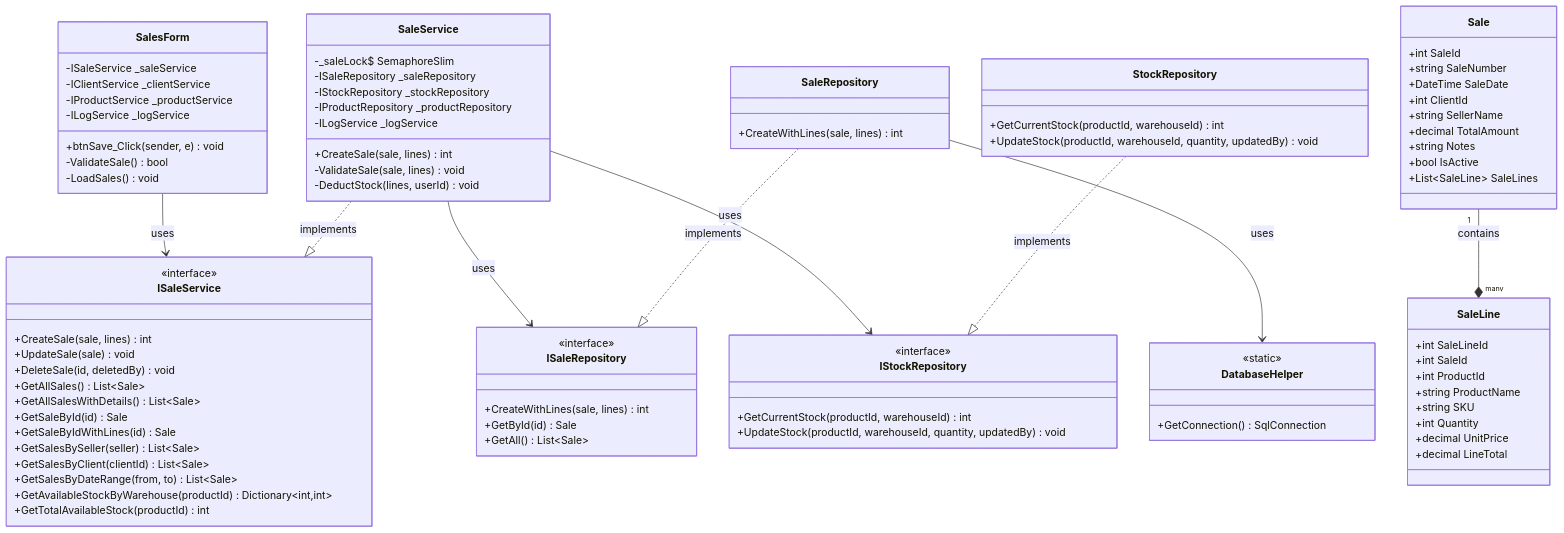
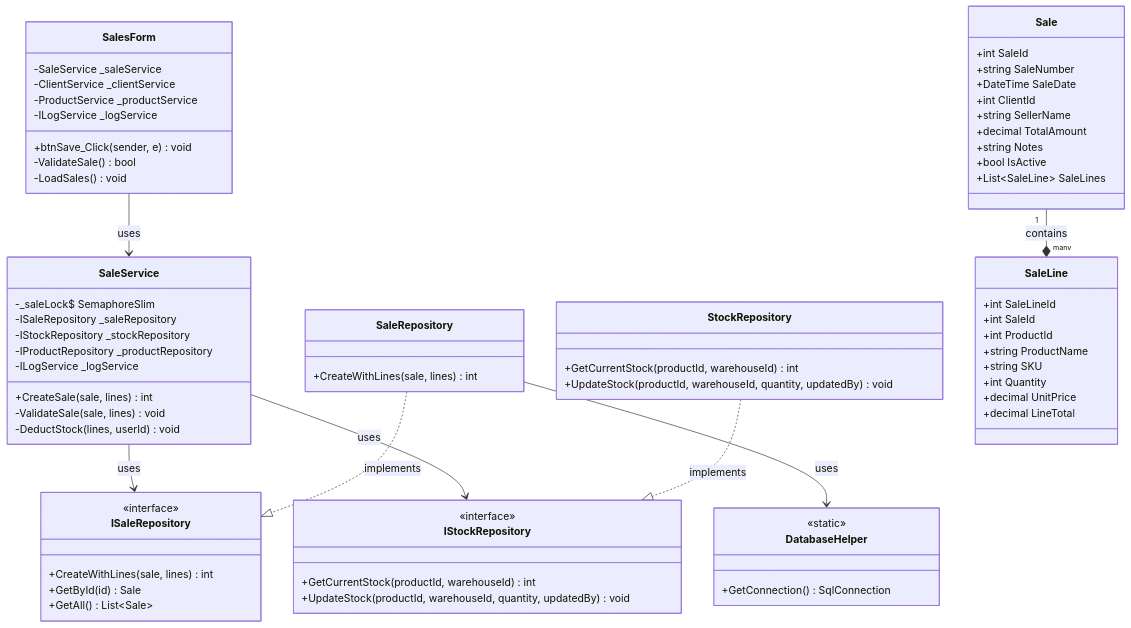
One commit to nahuk86/tp_diploma_nk_2026 changed the first of 24 diagrams in Documentation/UML_Diagrams/15_Sales_UseCases.md. Above: the diagram before and after it, drawn with Mermaid. The commit also changed other lines of this file and 5 other files, not shown here.

First line of the commit message:
Fix UML documentation: remove non-existent BLL service interfaces

````diff
--- a/Documentation/UML_Diagrams/15_Sales_UseCases.md
+++ b/Documentation/UML_Diagrams/15_Sales_UseCases.md
@@ -11,30 +11,15 @@
 ```mermaid
 classDiagram
     class SalesForm {
-        -ISaleService _saleService
-        -IClientService _clientService
-        -IProductService _productService
+        -SaleService _saleService
+        -ClientService _clientService
+        -ProductService _productService
         -ILogService _logService
         +btnSave_Click(sender, e) void
         -ValidateSale() bool
         -LoadSales() void
     }
 
-    class ISaleService {
-        <<interface>>
-        +CreateSale(sale, lines) int
-        +UpdateSale(sale) void
-        +DeleteSale(id, deletedBy) void
-        +GetAllSales() List~Sale~
-        +GetAllSalesWithDetails() List~Sale~
-        +GetSaleById(id) Sale
-        +GetSaleByIdWithLines(id) Sale
-        +GetSalesBySeller(seller) List~Sale~
-        +GetSalesByClient(clientId) List~Sale~
-        +GetSalesByDateRange(from, to) List~Sale~
-        +GetAvailableStockByWarehouse(productId) Dictionary~int,int~
-        +GetTotalAvailableStock(productId) int
-    }
 
     class SaleService {
         -_saleLock$ SemaphoreSlim
@@ -97,8 +82,7 @@
         +decimal LineTotal
     }
 
-    SalesForm --> ISaleService : uses
-    SaleService ..|> ISaleService : implements
+    SalesForm --> SaleService : uses
     SaleService --> ISaleRepository : uses
     SaleService --> IStockRepository : uses
     SaleRepository ..|> ISaleRepository : implements
````
